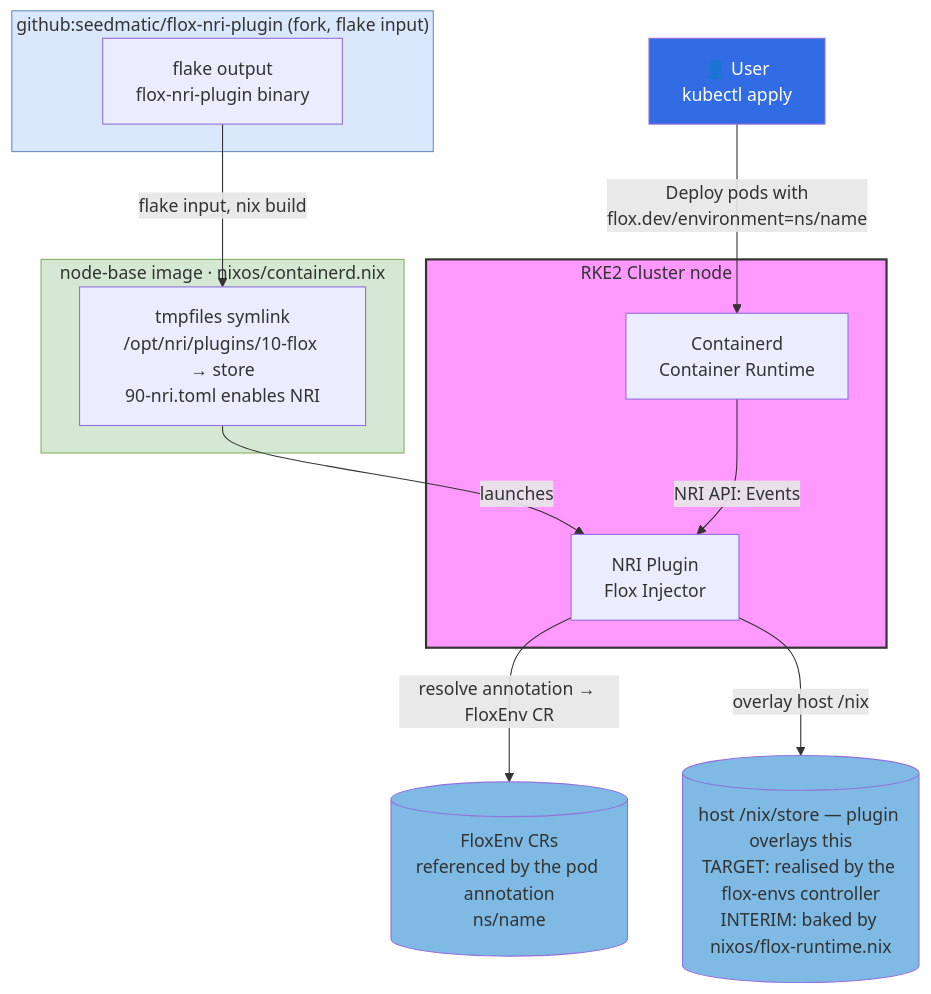
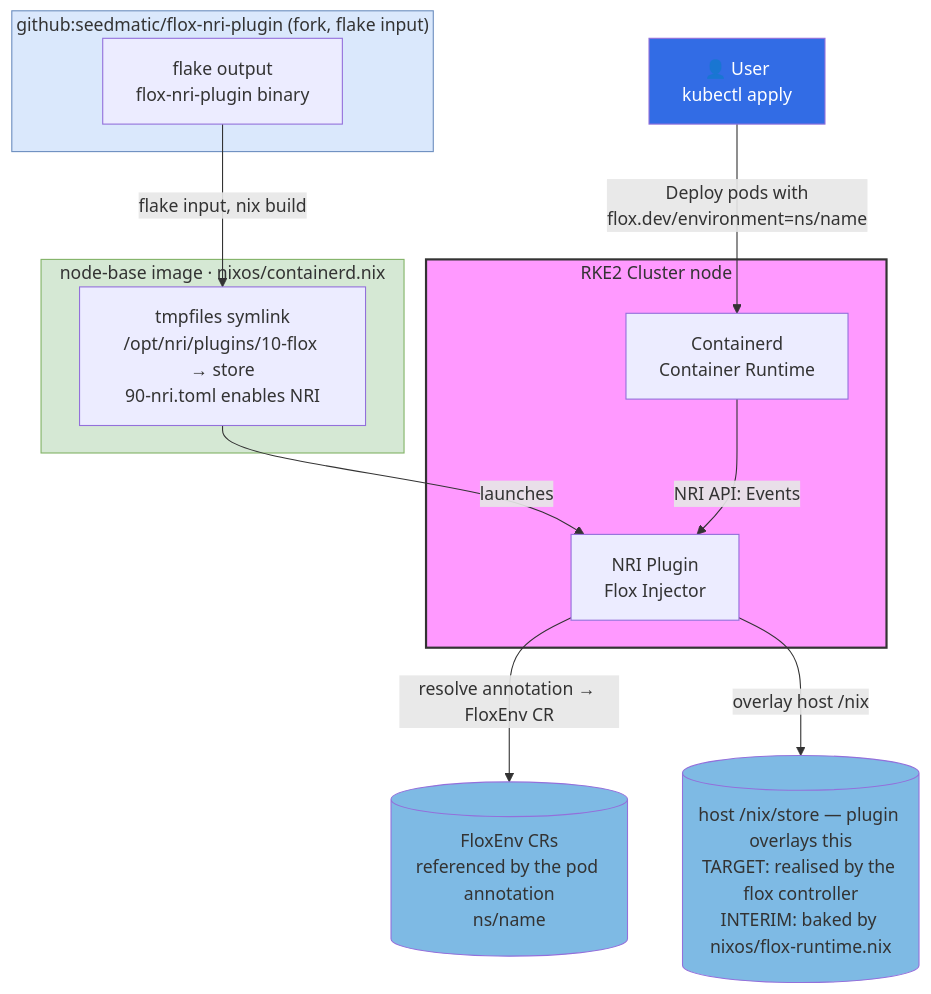
Before and after one commit to nxmatic/rke2lab: the first of 8 diagrams in docs/architecture/nri-plugin-c4-diagrams.adoc, drawn with Mermaid. The commit also changed other lines of this file and 4 other files, not shown here.

First line of the commit message:
docs(flox): rename the controller repo to seedmatic/flox-controller

```diff
--- a/docs/architecture/nri-plugin-c4-diagrams.adoc
+++ b/docs/architecture/nri-plugin-c4-diagrams.adoc
@@ -37,35 +37,35 @@
 [mermaid]
 ....
 flowchart TB
     User[👤 User<br/>kubectl apply]
 
     subgraph Fork["github:seedmatic/flox-nri-plugin (fork, flake input)"]
         ForkFlake[flake output<br/>flox-nri-plugin binary]
     end
 
     subgraph Image["node-base image · nixos/containerd.nix"]
         Bake[tmpfiles symlink<br/>/opt/nri/plugins/10-flox → store<br/>90-nri.toml enables NRI]
     end
 
     subgraph RKE2["RKE2 Cluster node"]
         Containerd[Containerd<br/>Container Runtime]
         NRI[NRI Plugin<br/>Flox Injector]
     end
 
-    Nix[(host /nix/store — plugin overlays this<br/>TARGET: realised by the flox-envs controller<br/>INTERIM: baked by nixos/flox-runtime.nix)]
+    Nix[(host /nix/store — plugin overlays this<br/>TARGET: realised by the flox controller<br/>INTERIM: baked by nixos/flox-runtime.nix)]
     Catalog[(FloxEnv CRs<br/>referenced by the pod annotation<br/>ns/name)]
 
     ForkFlake -->|flake input, nix build| Bake
     Bake -->|launches| NRI
     User -->|Deploy pods with<br/>flox.dev/environment=ns/name| Containerd
     Containerd -->|NRI API: Events| NRI
     NRI -->|resolve annotation → FloxEnv CR| Catalog
     NRI -->|overlay host /nix| Nix
 
     style User fill:#326ce5,color:#fff
     style RKE2 fill:#f9f,stroke:#333,stroke-width:2px
     style Nix fill:#7ebae4
     style Catalog fill:#7ebae4
     style Image fill:#d5e8d4,stroke:#82b366
     style Fork fill:#dae8fc,stroke:#6c8ebf
 ....
```
